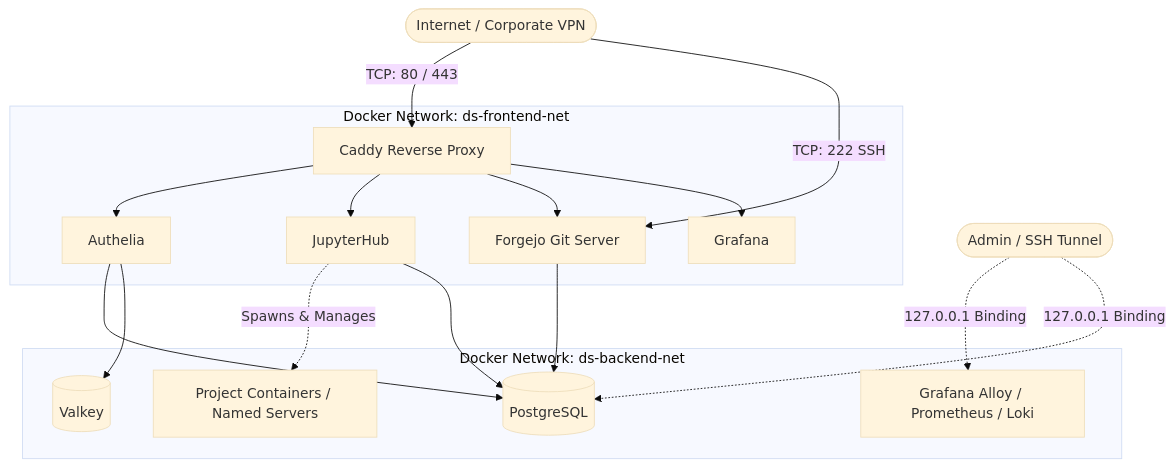
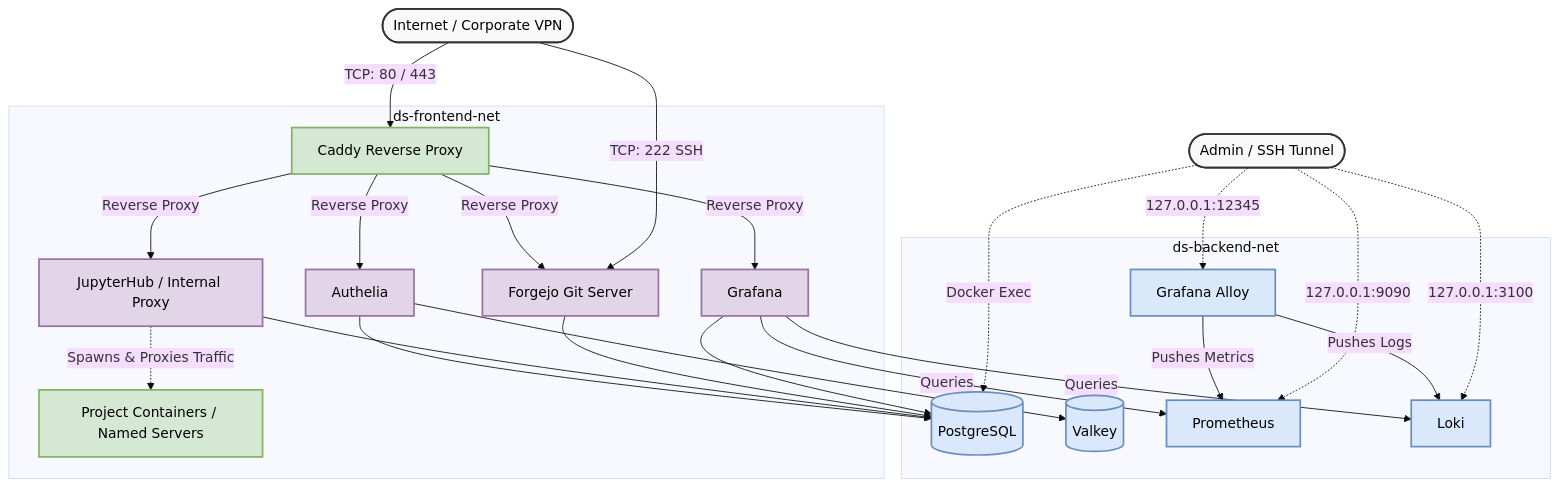
Before and after one commit to OSM-Piatnica/ds-platform: the diagram in README.md, drawn with Mermaid (base theme). The commit also changed other lines of this file and 1 other file, not shown here.

Commit message:
Update Traffic Flow Diagrams

````diff
--- a/README.md
+++ b/README.md
@@ -187,28 +193,63 @@
 ```mermaid
 flowchart TD
-    VPN([Internet / Corporate VPN])
-    VPN -->|TCP: 80 / 443| Caddy[Caddy Reverse Proxy]
-    VPN -->|TCP: 222 SSH| Forgejo[Forgejo Git Server]
+    %% Styling Classes
+    classDef external fill:#f9f9f9,stroke:#333,stroke-width:2px,color:#000
+    classDef dualHomed fill:#e1d5e7,stroke:#9673a6,stroke-width:2px,color:#000
+    classDef frontend fill:#d5e8d4,stroke:#82b366,stroke-width:2px,color:#000
+    classDef backend fill:#dae8fc,stroke:#6c8ebf,stroke-width:2px,color:#000
 
-    subgraph FrontEnd [Docker Network: ds-frontend-net]
-        Caddy --> Auth[Authelia]
-        Caddy --> JHub[JupyterHub]
-        Caddy --> Forgejo
-        Caddy --> Grafana[Grafana]
+    %% External Entities
+    VPN([Internet / Corporate VPN]):::external
+    Admin([Admin / SSH Tunnel]):::external
+
+    %% Subgraphs representing Docker Networks
+    subgraph FrontEnd [ds-frontend-net]
+        Caddy[Caddy Reverse Proxy]:::frontend
+        Auth[Authelia]:::dualHomed
+        JHub[JupyterHub / Internal Proxy]:::dualHomed
+        Forgejo[Forgejo Git Server]:::dualHomed
+        Grafana[Grafana]:::dualHomed
+        Projects[Project Containers / Named Servers]:::frontend
+
+        %% Internal Frontend Routing
+        Caddy -->|Reverse Proxy| Auth
+        Caddy -->|Reverse Proxy| JHub
+        Caddy -->|Reverse Proxy| Forgejo
+        Caddy -->|Reverse Proxy| Grafana
+
+        %% Workspace Orchestration
+        JHub -.->|Spawns & Proxies Traffic| Projects
     end
 
-    JHub -.->|Spawns & Manages| Projects[Project Containers / Named Servers]
+    subgraph BackEnd [ds-backend-net]
+        DB[(PostgreSQL)]:::backend
+        Cache[(Valkey)]:::backend
+        Alloy[Grafana Alloy]:::backend
+        Prom[Prometheus]:::backend
+        Loki[Loki]:::backend
 
-    subgraph BackEnd [Docker Network: ds-backend-net]
-        Projects
-        Auth --> DB[(PostgreSQL)]
-        JHub --> DB
-        Forgejo --> DB
-        Auth --> Cache[(Valkey)]
-        
-        Observability[Grafana Alloy / Prometheus / Loki]
+        %% Internal Backend Routing
+        Alloy -->|Pushes Metrics| Prom
+        Alloy -->|Pushes Logs| Loki
     end
 
-    Admin([Admin / SSH Tunnel]) -.->|127.0.0.1 Binding| Observability
-    Admin -.->|127.0.0.1 Binding| DB
+    %% Ingress Traffic (External to Frontend)
+    VPN -->|TCP: 80 / 443| Caddy
+    VPN -->|TCP: 222 SSH| Forgejo
+
+    %% Cross-Network Interactions
+    Auth --> DB
+    JHub --> DB
+    Forgejo --> DB
+    Grafana --> DB
+    Auth --> Cache
+    %% Observability Data Flow
+    Grafana -->|Queries| Prom
+    Grafana -->|Queries| Loki
+
+    %% Admin Access Bindings
+    Admin -.->|127.0.0.1:12345| Alloy
+    Admin -.->|127.0.0.1:9090| Prom
+    Admin -.->|127.0.0.1:3100| Loki
+    Admin -.->|Docker Exec| DB
 ```
````
